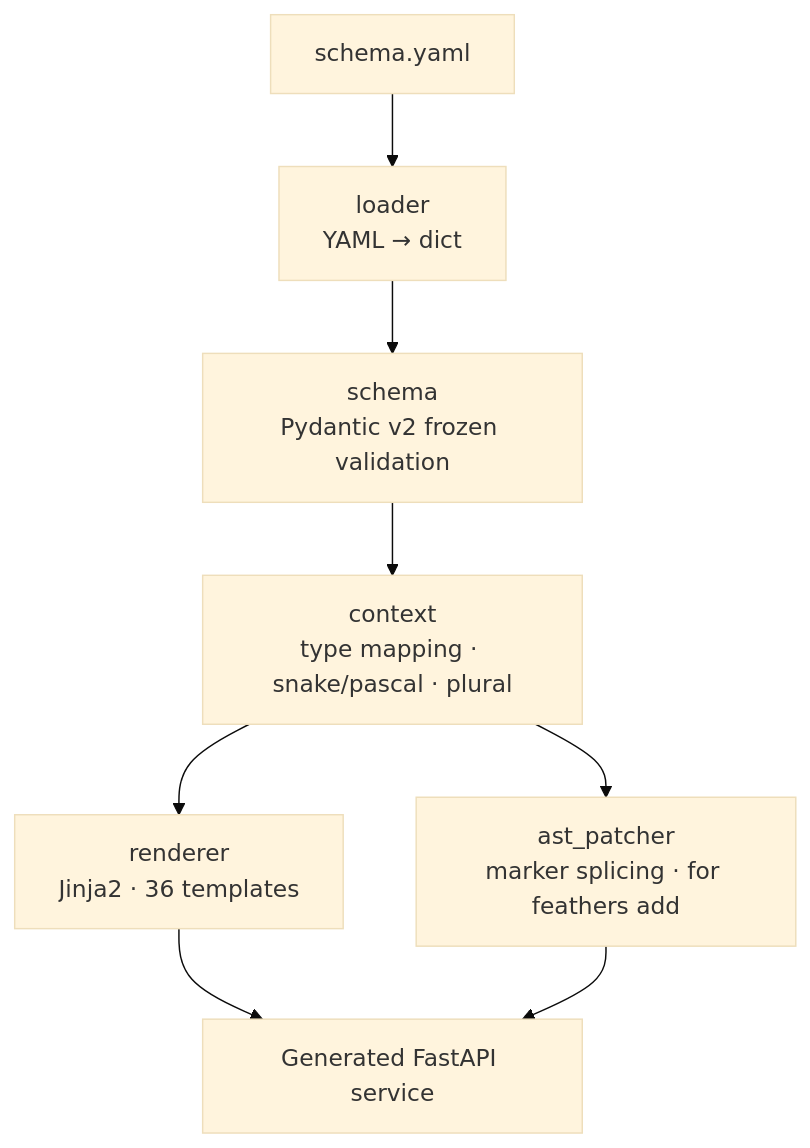
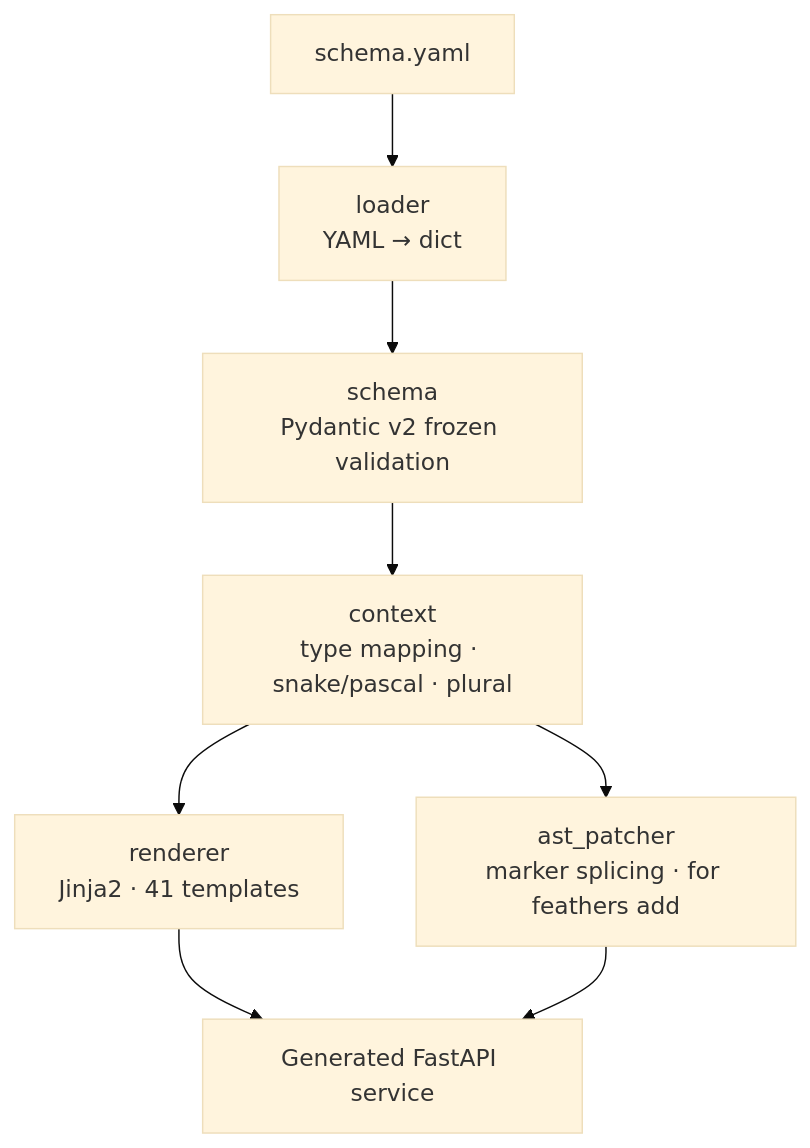
The first of 4 diagrams in README.md (Abdul-Muizz1310/feathers), drawn with Mermaid (base theme) before and after one commit. The commit also changed other lines of this file and 9 other files, not shown here.

````diff
--- a/README.md
+++ b/README.md
@@ -63,10 +66,10 @@
 ```mermaid
 flowchart TD
     YAML[schema.yaml] --> Loader[loader<br/>YAML → dict]
     Loader --> Schema[schema<br/>Pydantic v2 frozen validation]
     Schema --> Context[context<br/>type mapping · snake/pascal · plural]
-    Context --> Renderer[renderer<br/>Jinja2 · 36 templates]
+    Context --> Renderer[renderer<br/>Jinja2 · 41 templates]
     Context --> Patcher[ast_patcher<br/>marker splicing · for feathers add]
     Renderer --> Service[Generated FastAPI service]
     Patcher --> Service
 ```
````
